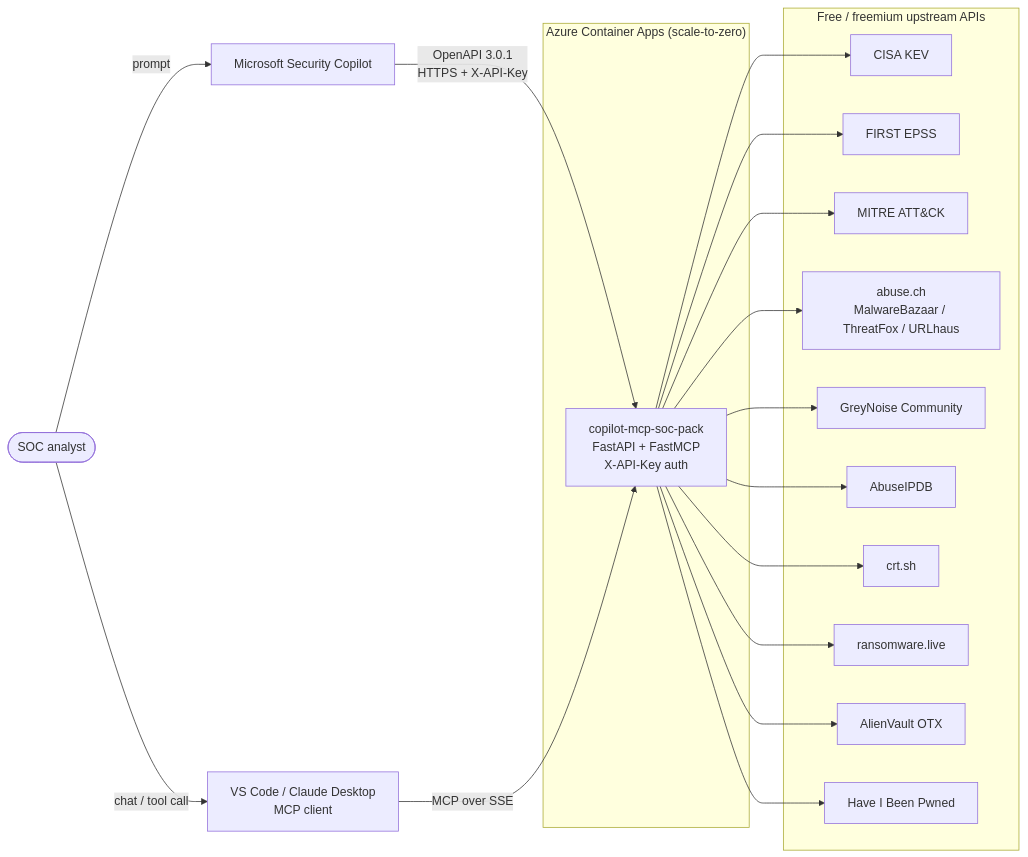
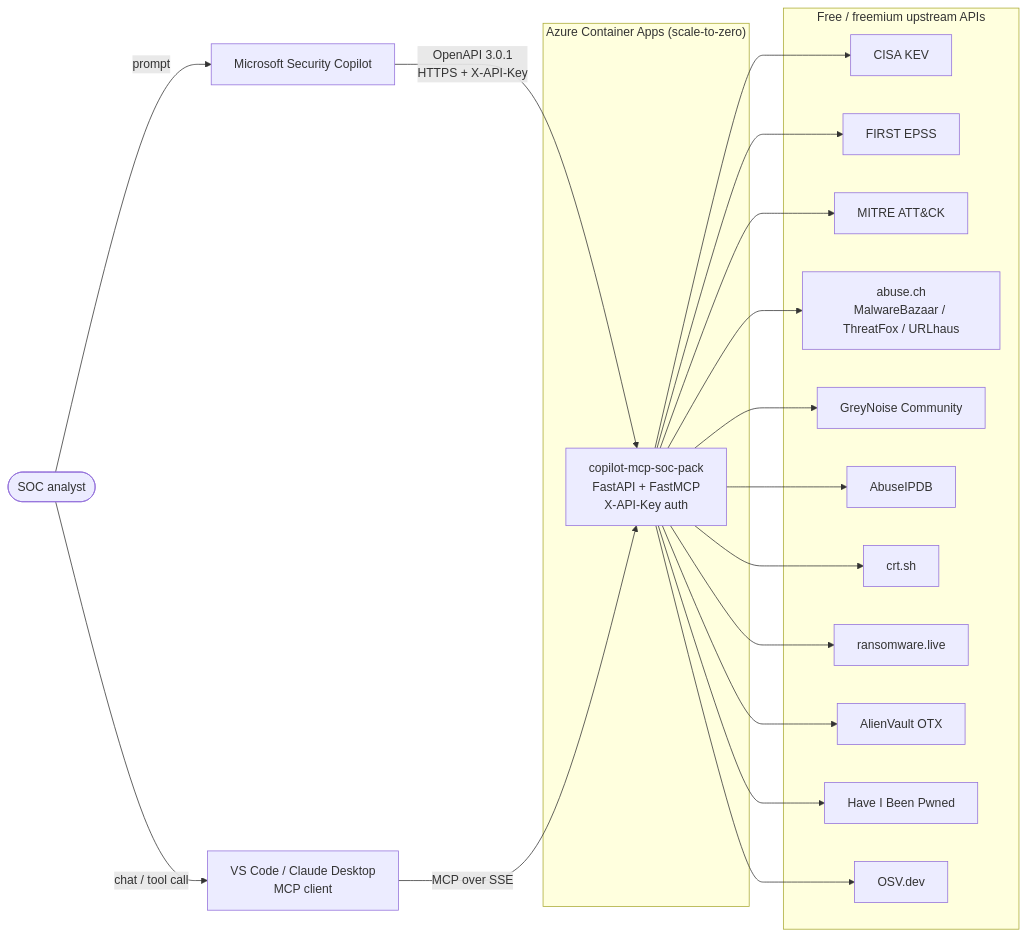
One commit to NobufumiMurata/copilot-mcp-soc-pack changed the diagram in README.md. Above: the diagram before and after it, drawn with Mermaid. The commit also changed other lines of this file and 7 other files, not shown here.

First line of the commit message:
feat: add OSV.dev tool (osv_query_package / osv_query_commit / osv_get_vuln) (#23)

````diff
--- a/README.md
+++ b/README.md
@@ -61,38 +62,40 @@
 ```mermaid
 flowchart LR
     User([SOC analyst])
     SC[Microsoft Security Copilot]
     VSC[VS Code / Claude Desktop<br/>MCP client]
 
     subgraph Azure["Azure Container Apps (scale-to-zero)"]
         App["copilot-mcp-soc-pack<br/>FastAPI + FastMCP<br/>X-API-Key auth"]
     end
 
     subgraph Upstream["Free / freemium upstream APIs"]
         KEV[CISA KEV]
         EPSS[FIRST EPSS]
         ATTACK[MITRE ATT&CK]
         ABUSECH[abuse.ch<br/>MalwareBazaar / ThreatFox / URLhaus]
         GN[GreyNoise Community]
         AIPDB[AbuseIPDB]
         CRTSH[crt.sh]
         RWLIVE[ransomware.live]
         OTX[AlienVault OTX]
         HIBP[Have I Been Pwned]
+        OSV[OSV.dev]
     end
 
     User -->|prompt| SC
     User -->|chat / tool call| VSC
     SC -->|OpenAPI 3.0.1<br/>HTTPS + X-API-Key| App
     VSC -->|MCP over SSE| App
     App --> KEV
     App --> EPSS
     App --> ATTACK
     App --> ABUSECH
     App --> GN
     App --> AIPDB
     App --> CRTSH
     App --> RWLIVE
     App --> OTX
     App --> HIBP
+    App --> OSV
 ```
````
